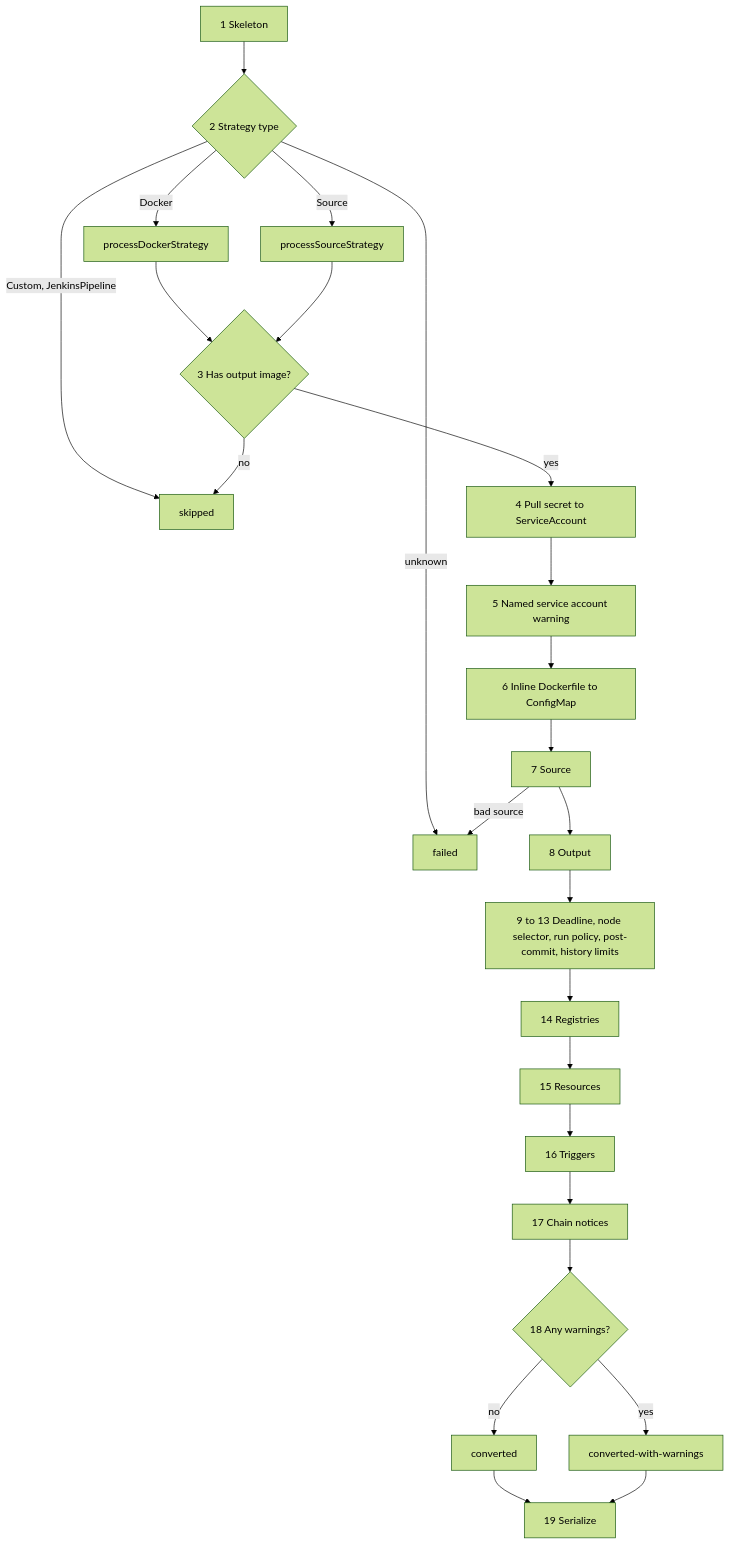
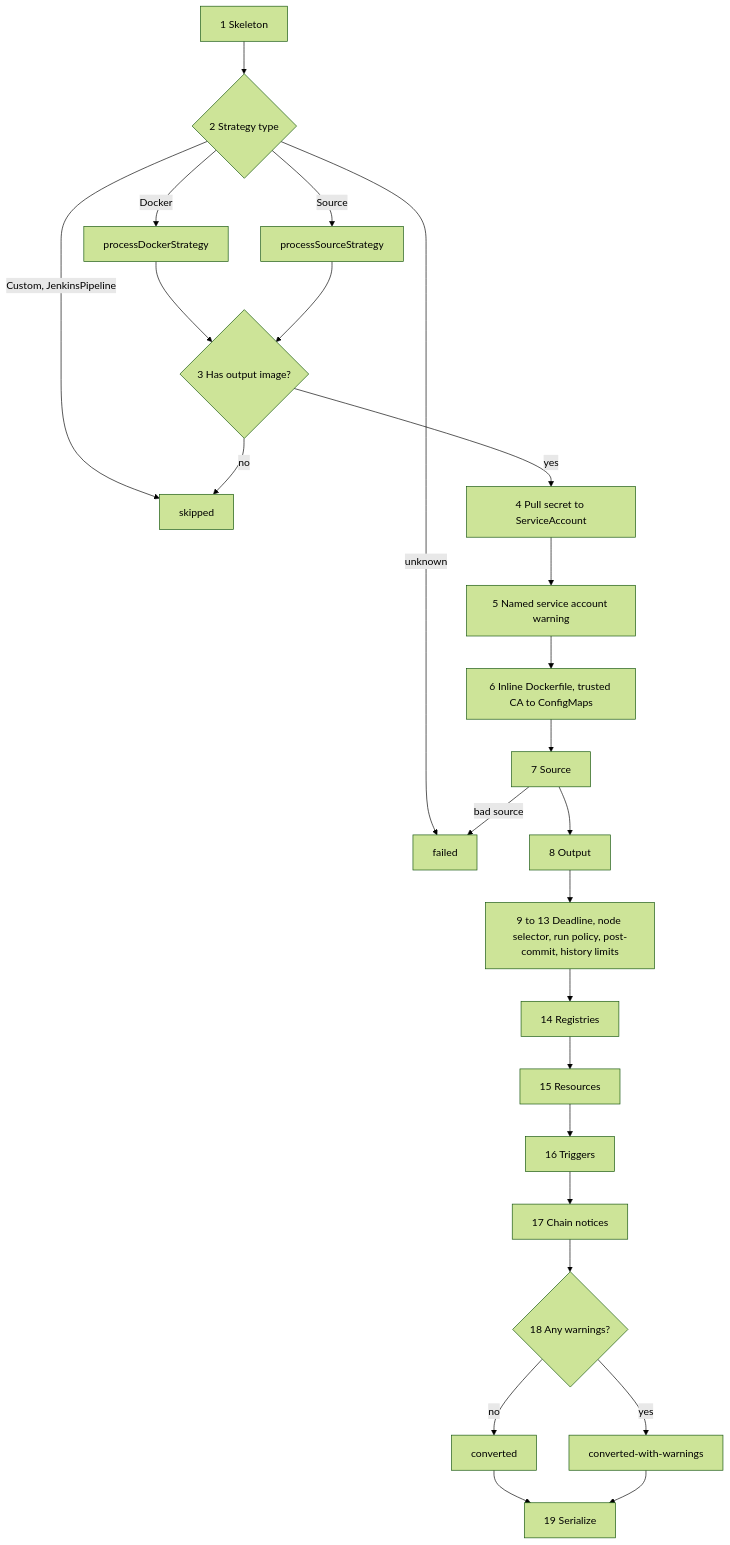
One commit to migtools/crane-plugin-buildconfig-to-builds changed the second of 2 diagrams in docs/architecture.md. Above: the diagram before and after it, drawn with Mermaid (forest theme). The commit also changed other lines of this file and 3 other files, not shown here.

First line of the commit message:
[BUILD-2265] docs: record the trusted CA rules and finish the architecture page

````diff
--- a/docs/architecture.md
+++ b/docs/architecture.md
@@ -99,27 +99,27 @@
 ```mermaid
 flowchart TD
     S1[1 Skeleton] --> S2{2 Strategy type}
     S2 -- Custom, JenkinsPipeline --> SK[skipped]
     S2 -- unknown --> FA[failed]
     S2 -- Docker --> S2a[processDockerStrategy]
     S2 -- Source --> S2b[processSourceStrategy]
     S2a --> S3{3 Has output image?}
     S2b --> S3
     S3 -- no --> SK
     S3 -- yes --> S4[4 Pull secret to ServiceAccount]
     S4 --> S5[5 Named service account warning]
-    S5 --> S6[6 Inline Dockerfile to ConfigMap]
+    S5 --> S6[6 Inline Dockerfile, trusted CA to ConfigMaps]
     S6 --> S7[7 Source]
     S7 -- bad source --> FA
     S7 --> S8[8 Output]
     S8 --> S9[9 to 13 Deadline, node selector, run policy, post-commit, history limits]
     S9 --> S14[14 Registries]
     S14 --> S15[15 Resources]
     S15 --> S16[16 Triggers]
     S16 --> S17[17 Chain notices]
     S17 --> S18{18 Any warnings?}
     S18 -- no --> C1[converted]
     S18 -- yes --> C2[converted-with-warnings]
     C1 --> S19[19 Serialize]
     C2 --> S19
 ```
````
